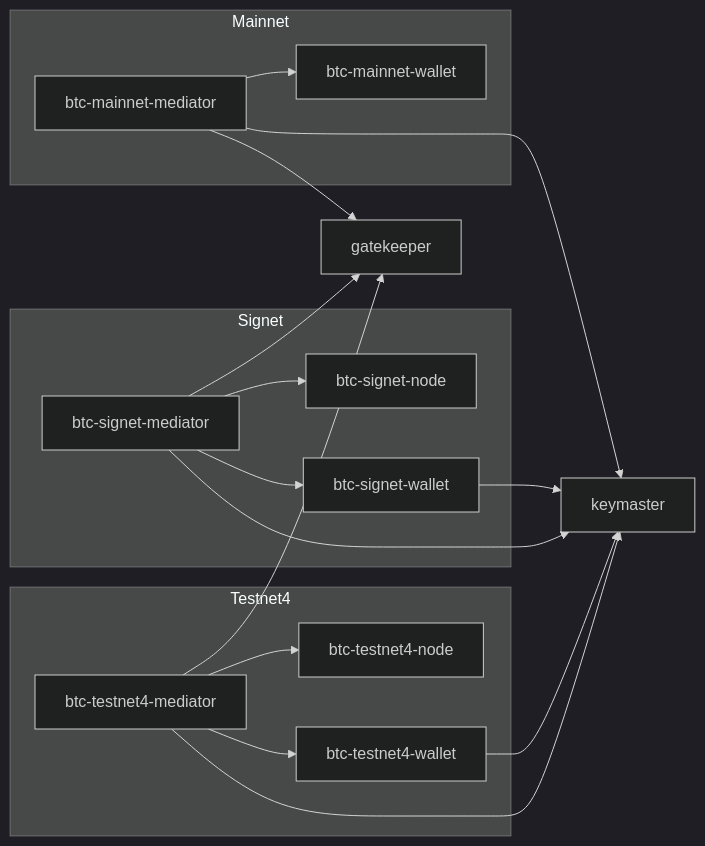
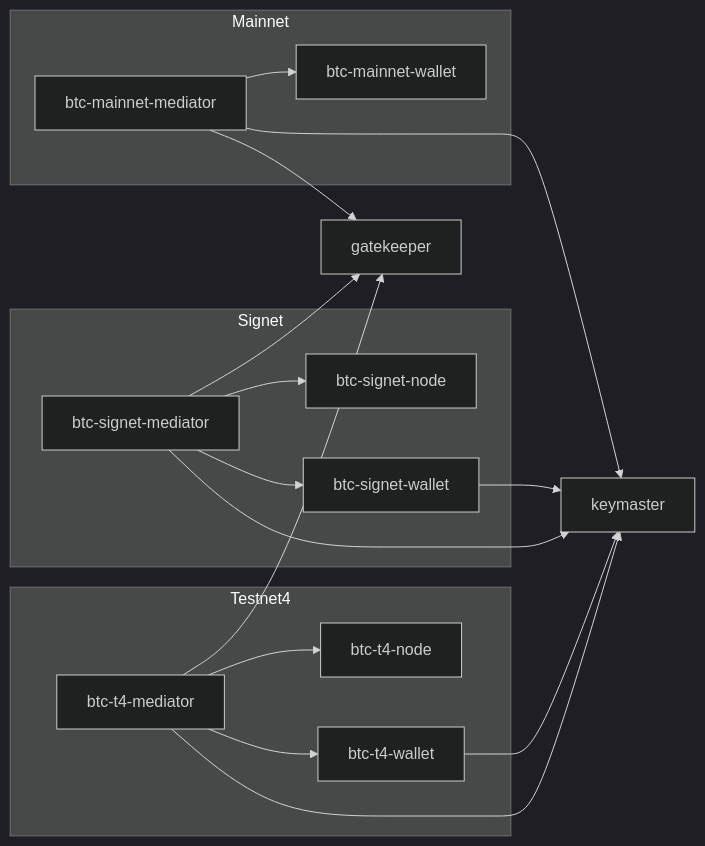
The fourth of 4 diagrams in docs/runtime-container-architecture.md (archetech/archon), drawn with Mermaid (dark theme) before and after one commit. The commit also changed other lines of this file and 2 other files, not shown here.

Commit message:
Shorten BTC testnet4 service names

````diff
--- a/docs/runtime-container-architecture.md
+++ b/docs/runtime-container-architecture.md
@@ -161,38 +161,38 @@
 ```mermaid
 flowchart LR
     KM[keymaster]
     GK[gatekeeper]
 
     subgraph Mainnet[Mainnet]
         BMW[btc-mainnet-wallet]
         BMM[btc-mainnet-mediator]
     end
 
     subgraph Signet[Signet]
         BTN[btc-signet-node]
         BSW[btc-signet-wallet]
         BSM[btc-signet-mediator]
     end
 
     subgraph Testnet4[Testnet4]
-        BT4N[btc-testnet4-node]
-        BT4W[btc-testnet4-wallet]
-        BT4M[btc-testnet4-mediator]
+        BT4N[btc-t4-node]
+        BT4W[btc-t4-wallet]
+        BT4M[btc-t4-mediator]
     end
 
     BMM --> BMW
     BMM --> GK
     BMM --> KM
 
     BSW --> KM
     BSM --> BTN
     BSM --> BSW
     BSM --> GK
     BSM --> KM
 
     BT4W --> KM
     BT4M --> BT4N
     BT4M --> BT4W
     BT4M --> GK
     BT4M --> KM
 ```
````
